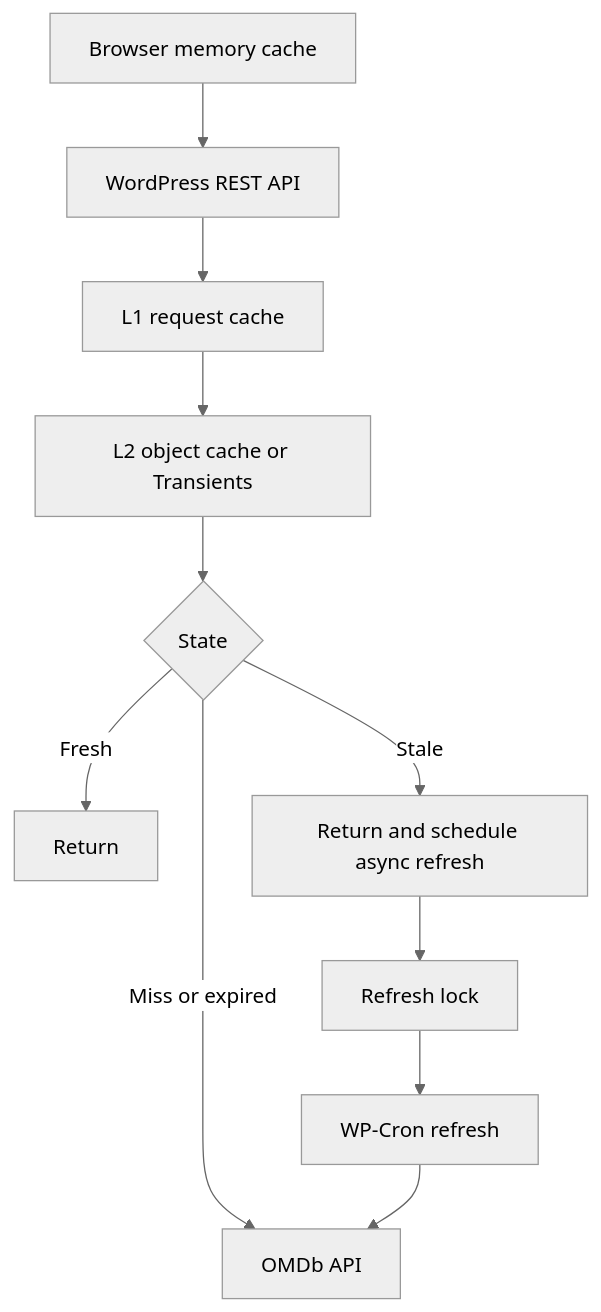
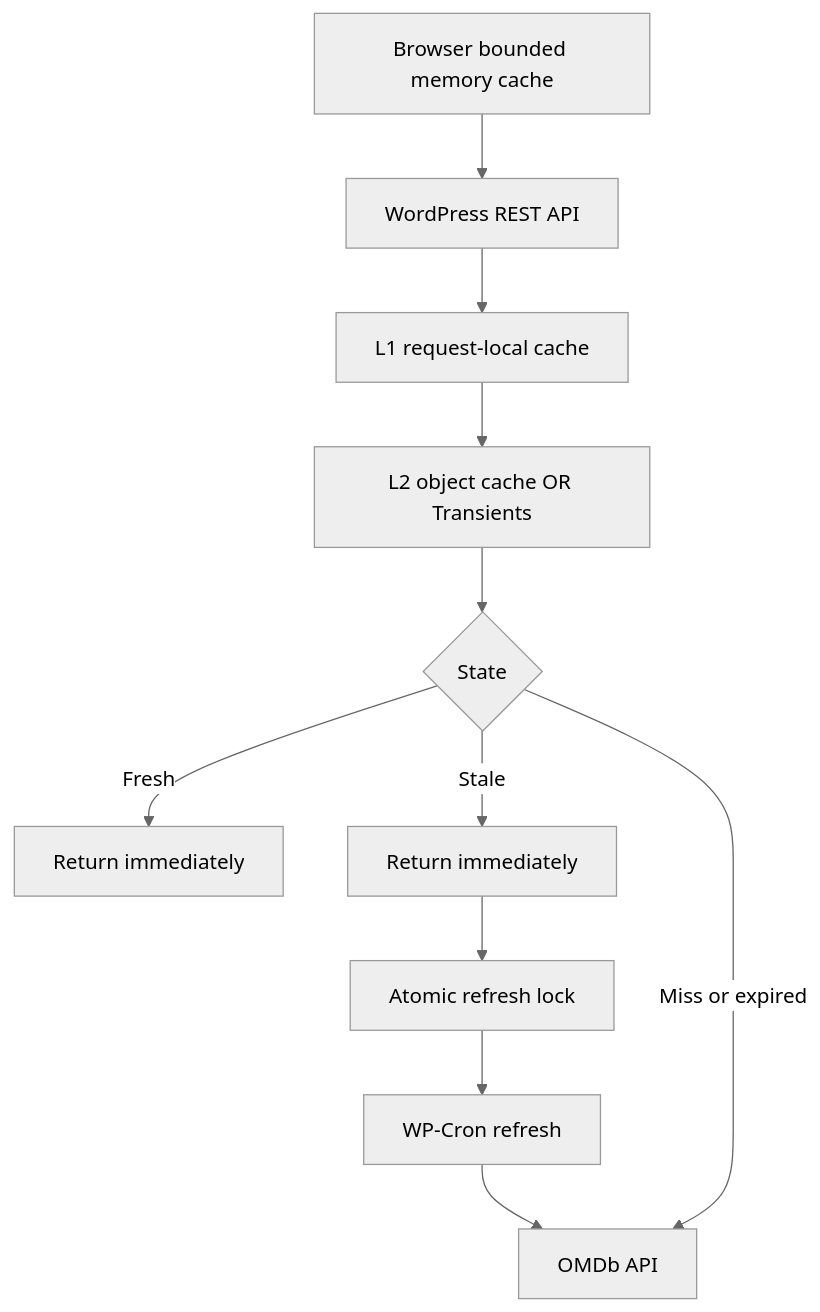
Before and after one commit to cirinojr/wp-movie-showcase: the diagram in README.md, drawn with Mermaid (neutral theme). The commit also changed other lines of this file and 26 other files, not shown here.

````diff
--- a/README.md
+++ b/README.md
@@ -25,13 +50,13 @@
 ```mermaid
 flowchart TD
-    A[Browser memory cache] --> B[WordPress REST API]
-    B --> C[L1 request cache]
-    C --> D[L2 object cache or Transients]
+    A[Browser bounded memory cache] --> B[WordPress REST API]
+    B --> C[L1 request-local cache]
+    C --> D[L2 object cache OR Transients]
     D --> E{State}
-    E -->|Fresh| F[Return]
-    E -->|Stale| G[Return and schedule async refresh]
-    E -->|Miss or expired| H[OMDb API]
-    G --> I[Refresh lock]
+    E -->|Fresh| F[Return immediately]
+    E -->|Stale| G[Return immediately]
+    G --> I[Atomic refresh lock]
     I --> J[WP-Cron refresh]
-    J --> H
+    J --> K[OMDb API]
+    E -->|Miss or expired| K
 ```
````
